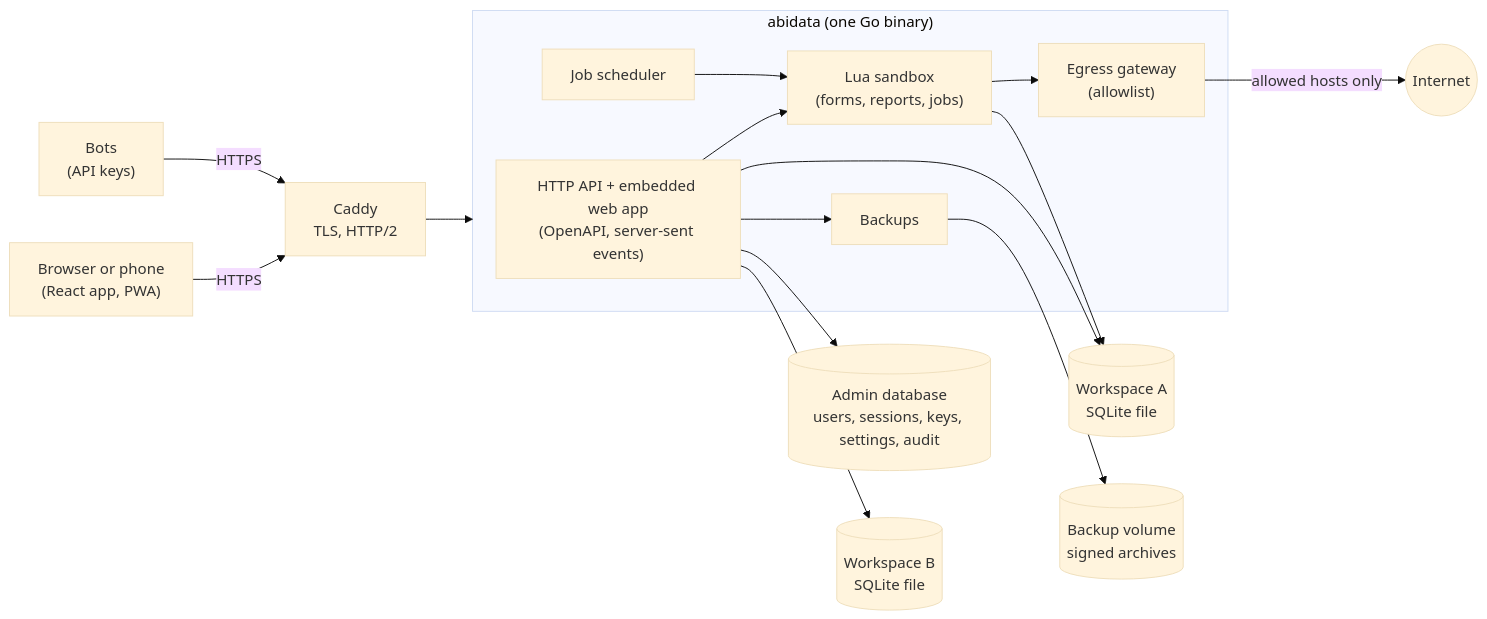
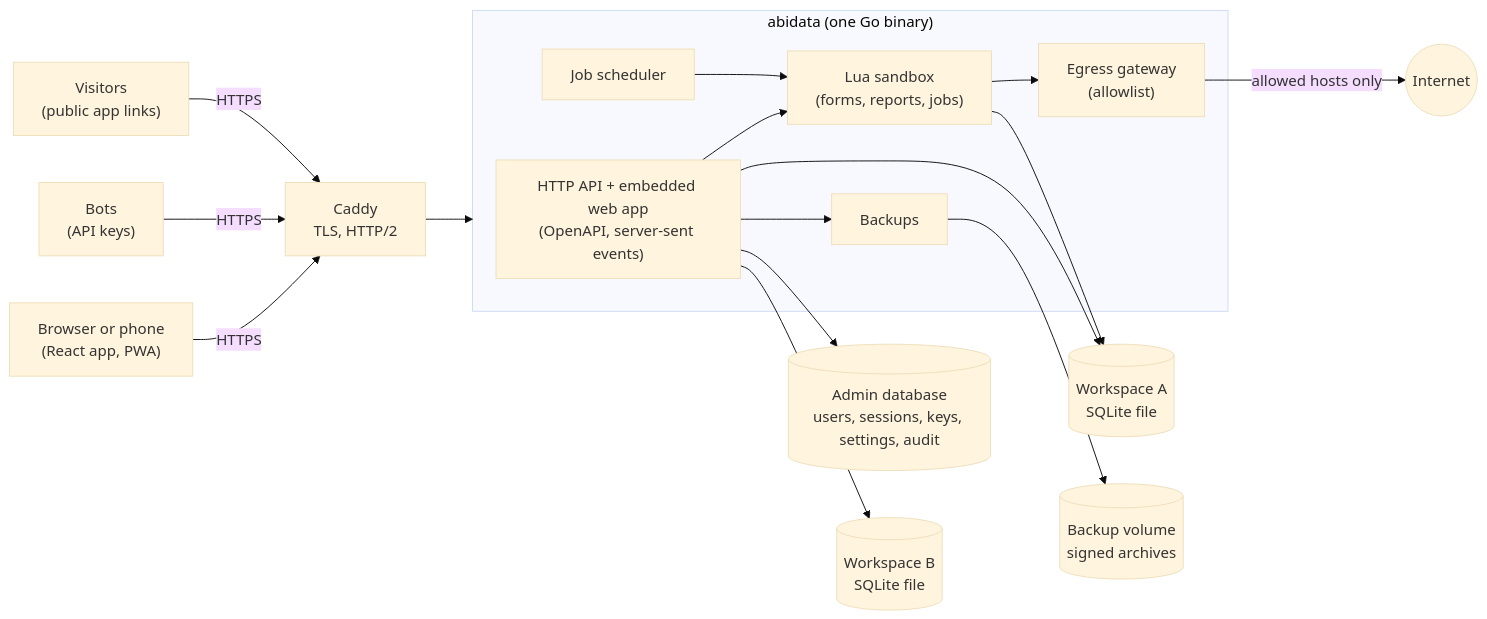
One commit to AbishYoung/AbiData changed the diagram in README.md. Above: the diagram before and after it, drawn with Mermaid (base theme). The commit also changed other lines of this file, not shown here.

First line of the commit message:
README: describe public apps, context menus, report layouts and samples

````diff
--- a/README.md
+++ b/README.md
@@ -198,25 +218,26 @@
 ```mermaid
 flowchart LR
   B["Browser or phone<br/>(React app, PWA)"] -->|HTTPS| C[Caddy<br/>TLS, HTTP/2]
   K["Bots<br/>(API keys)"] -->|HTTPS| C
+  V["Visitors<br/>(public app links)"] -->|HTTPS| C
   C --> S
 
   subgraph S["abidata (one Go binary)"]
     API["HTTP API + embedded web app<br/>(OpenAPI, server-sent events)"]
     SCH["Job scheduler"]
     SBX["Lua sandbox<br/>(forms, reports, jobs)"]
     EG["Egress gateway<br/>(allowlist)"]
     BK["Backups"]
     API --> SBX
     SCH --> SBX
     SBX --> EG
     API --> BK
   end
 
   API --> ADM[("Admin database<br/>users, sessions, keys, settings, audit")]
   API --> W1[("Workspace A<br/>SQLite file")]
   SBX --> W1
   API --> W2[("Workspace B<br/>SQLite file")]
   BK --> BD[("Backup volume<br/>signed archives")]
   EG -->|allowed hosts only| NET((Internet))
 ```
````
